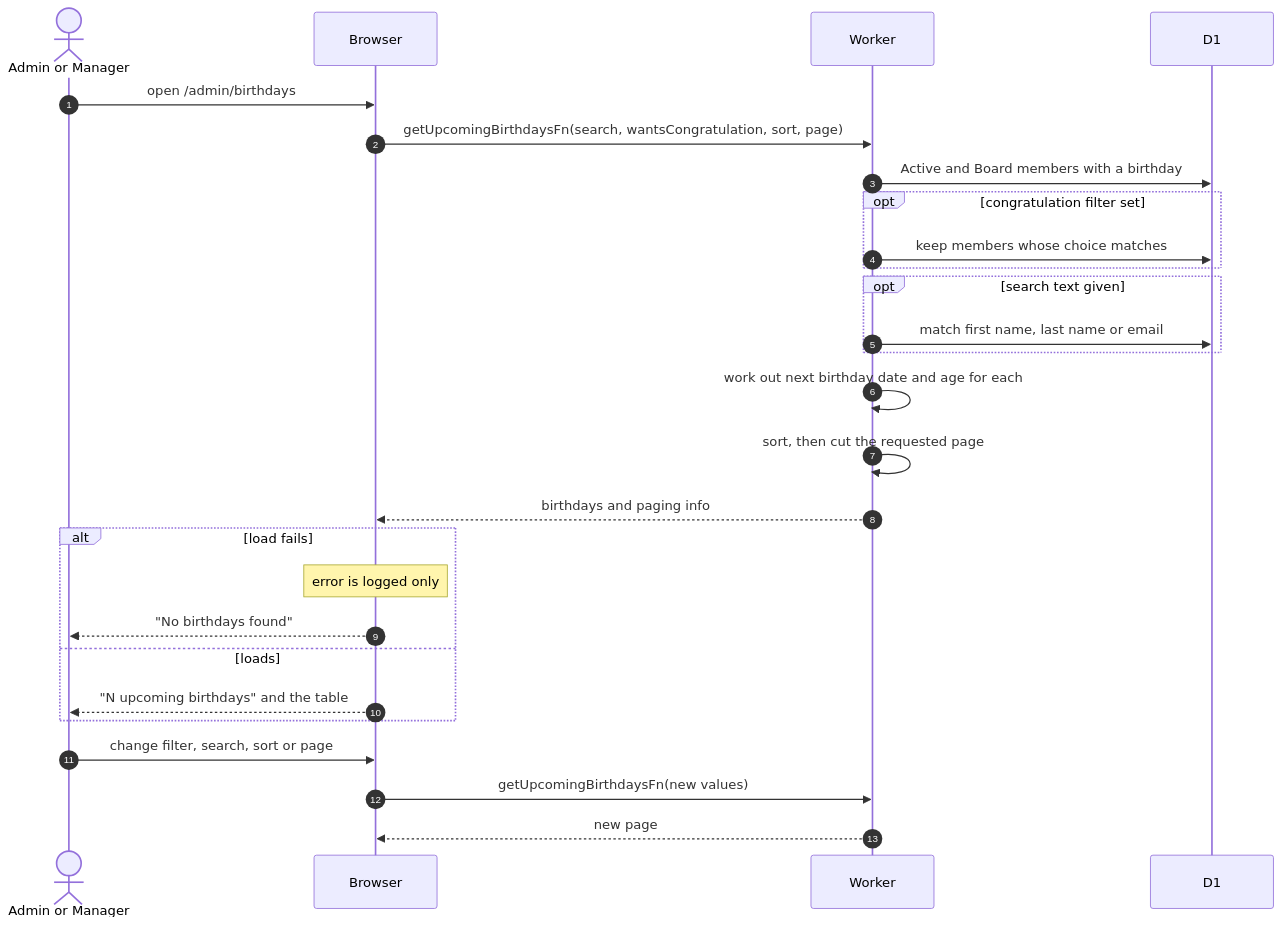
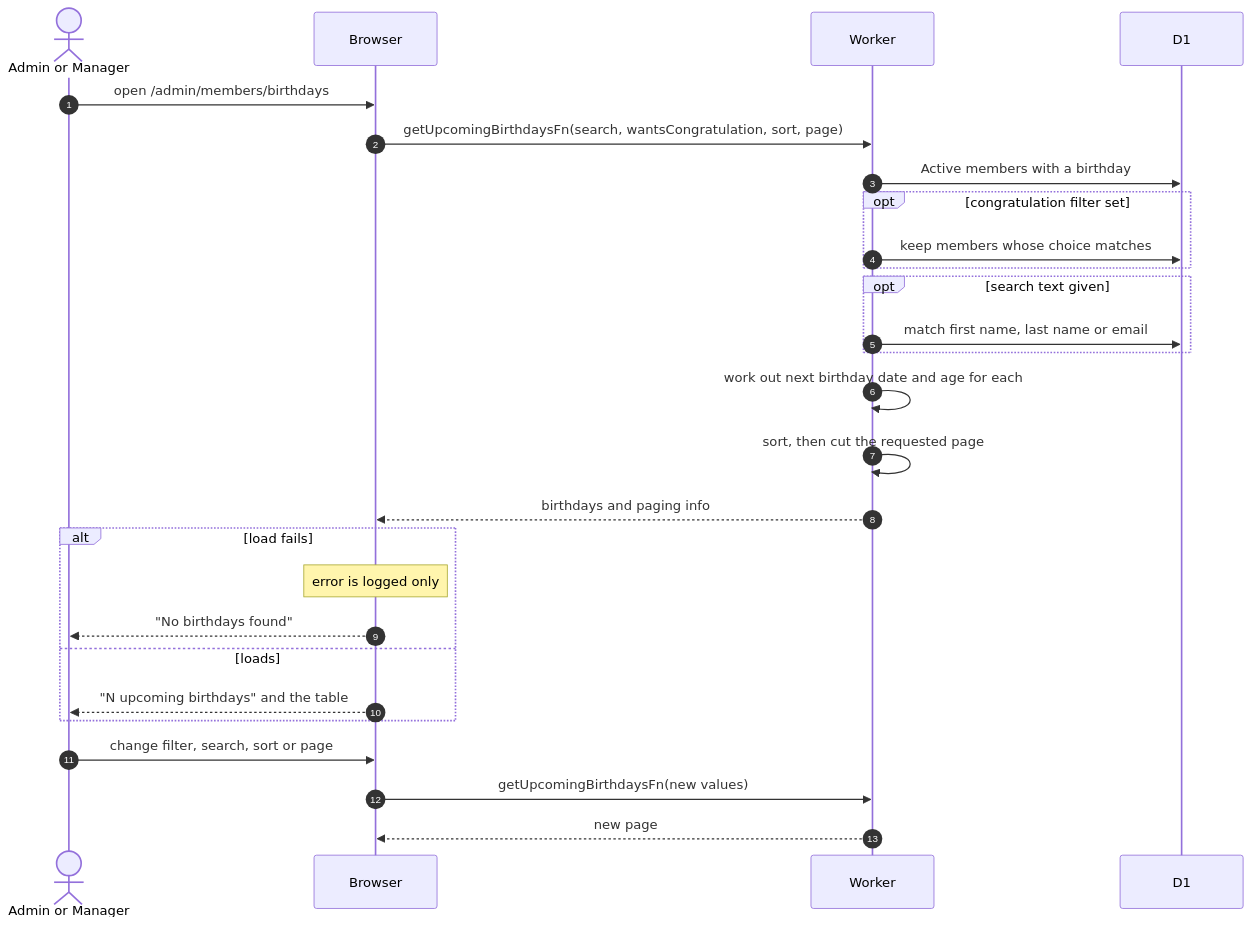
One commit to sagyzdop/meriksirat changed the diagram in docs/scenarios/admin/birthdays-list.md. Above: the diagram before and after it, drawn with Mermaid. The commit also changed other lines of this file and 45 other files, not shown here.

````diff
--- a/docs/scenarios/admin/birthdays-list.md
+++ b/docs/scenarios/admin/birthdays-list.md
@@ -14,30 +14,30 @@
 ```mermaid
 sequenceDiagram
     autonumber
     actor Person as Admin or Manager
     participant Browser
     participant Worker
     participant D1
 
-    Person->>Browser: open /admin/birthdays
+    Person->>Browser: open /admin/members/birthdays
     Browser->>Worker: getUpcomingBirthdaysFn(search, wantsCongratulation, sort, page)
-    Worker->>D1: Active and Board members with a birthday
+    Worker->>D1: Active members with a birthday
     opt congratulation filter set
         Worker->>D1: keep members whose choice matches
     end
     opt search text given
         Worker->>D1: match first name, last name or email
     end
     Worker->>Worker: work out next birthday date and age for each
     Worker->>Worker: sort, then cut the requested page
     Worker-->>Browser: birthdays and paging info
     alt load fails
         Note over Browser: error is logged only
         Browser-->>Person: "No birthdays found"
     else loads
         Browser-->>Person: "N upcoming birthdays" and the table
     end
     Person->>Browser: change filter, search, sort or page
     Browser->>Worker: getUpcomingBirthdaysFn(new values)
     Worker-->>Browser: new page
 ```
````
